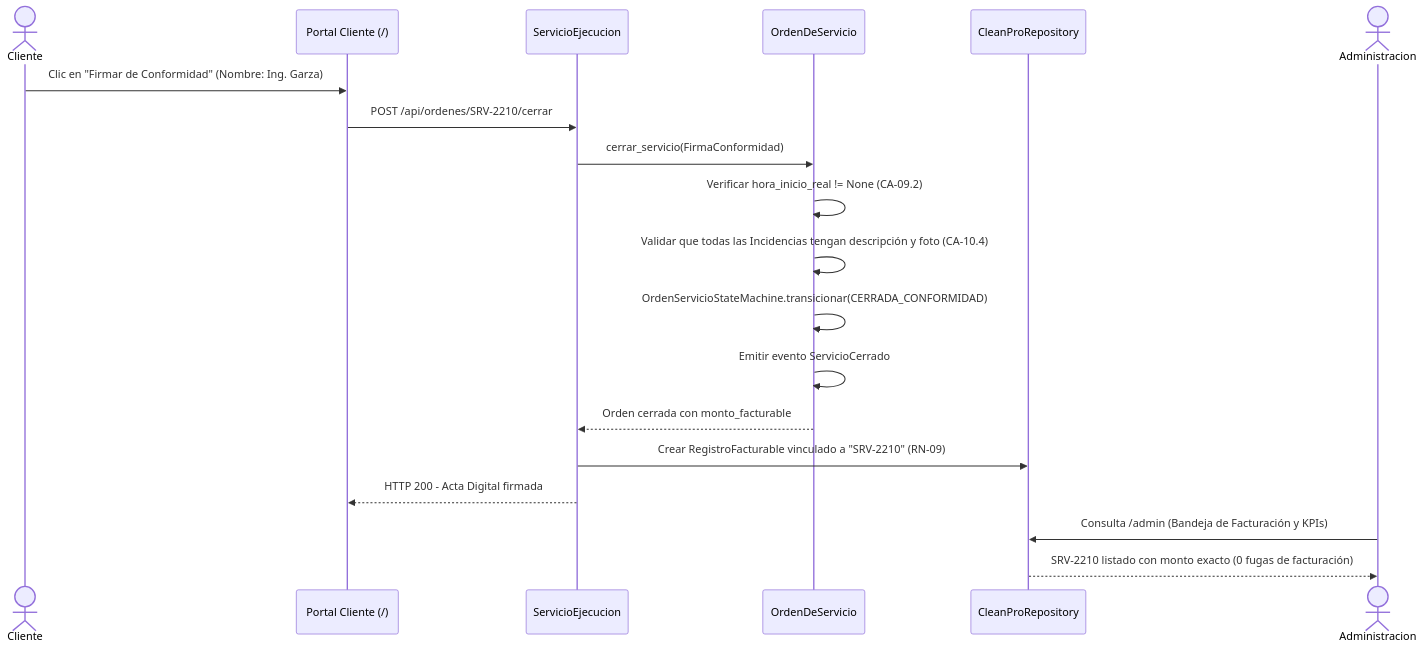
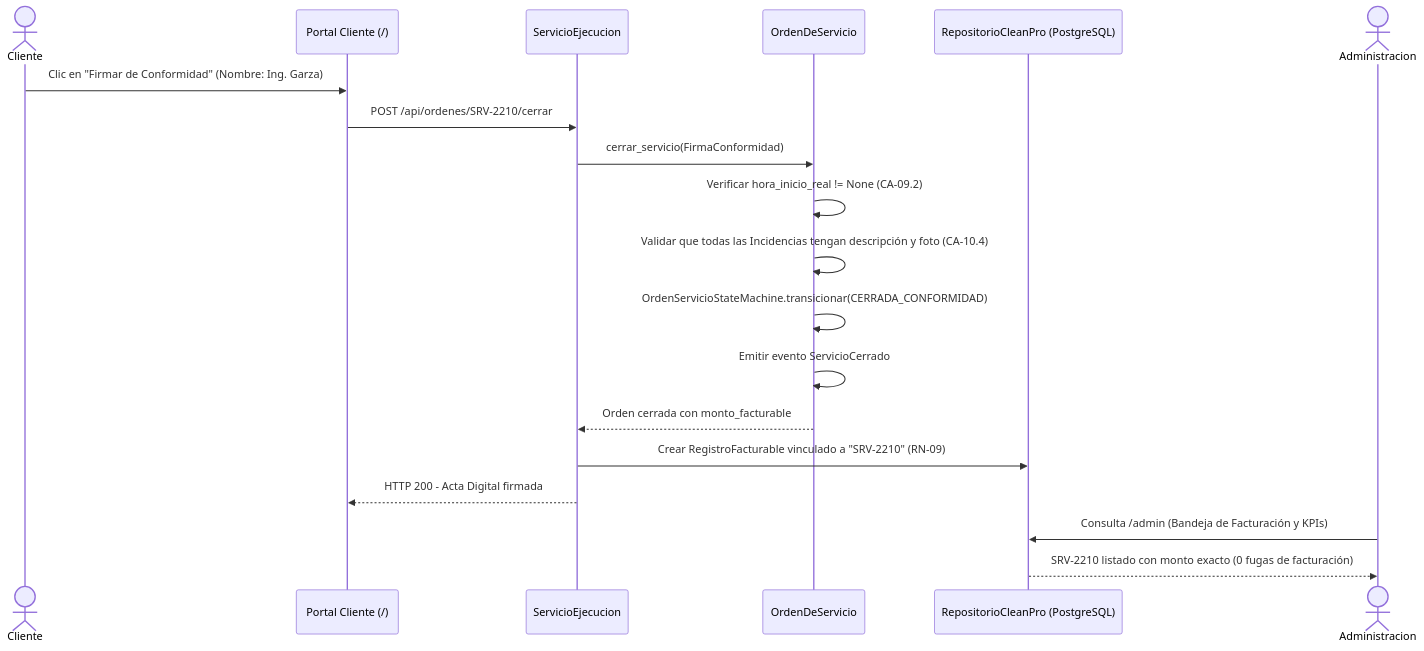
Before and after one commit to DamiNerio/CleanPro-CLNG-PIA-: the sixth of 8 diagrams in docs/architecture/Diagramas_UML.md, drawn with Mermaid. The commit also changed other lines of this file and 8 other files, not shown here.

Commit message:
Documentacion: BPMN, ADRs 006-008, trazabilidad, diagramas, OpenAPI y README

````diff
--- a/docs/architecture/Diagramas_UML.md
+++ b/docs/architecture/Diagramas_UML.md
@@ -256,23 +256,23 @@
 ```mermaid
 sequenceDiagram
     actor Cliente
     participant CliUI as Portal Cliente (/)
     participant SEj as ServicioEjecucion
     participant OS as OrdenDeServicio
-    participant Repo as CleanProRepository
+    participant Repo as RepositorioCleanPro (PostgreSQL)
     actor Administracion
 
     Cliente->>CliUI: Clic en "Firmar de Conformidad" (Nombre: Ing. Garza)
     CliUI->>SEj: POST /api/ordenes/SRV-2210/cerrar
     SEj->>OS: cerrar_servicio(FirmaConformidad)
     OS->>OS: Verificar hora_inicio_real != None (CA-09.2)
     OS->>OS: Validar que todas las Incidencias tengan descripción y foto (CA-10.4)
     OS->>OS: OrdenServicioStateMachine.transicionar(CERRADA_CONFORMIDAD)
     OS->>OS: Emitir evento ServicioCerrado
     OS-->>SEj: Orden cerrada con monto_facturable
     SEj->>Repo: Crear RegistroFacturable vinculado a "SRV-2210" (RN-09)
     SEj-->>CliUI: HTTP 200 - Acta Digital firmada
     
     Administracion->>Repo: Consulta /admin (Bandeja de Facturación y KPIs)
     Repo-->>Administracion: SRV-2210 listado con monto exacto (0 fugas de facturación)
 ```
````
